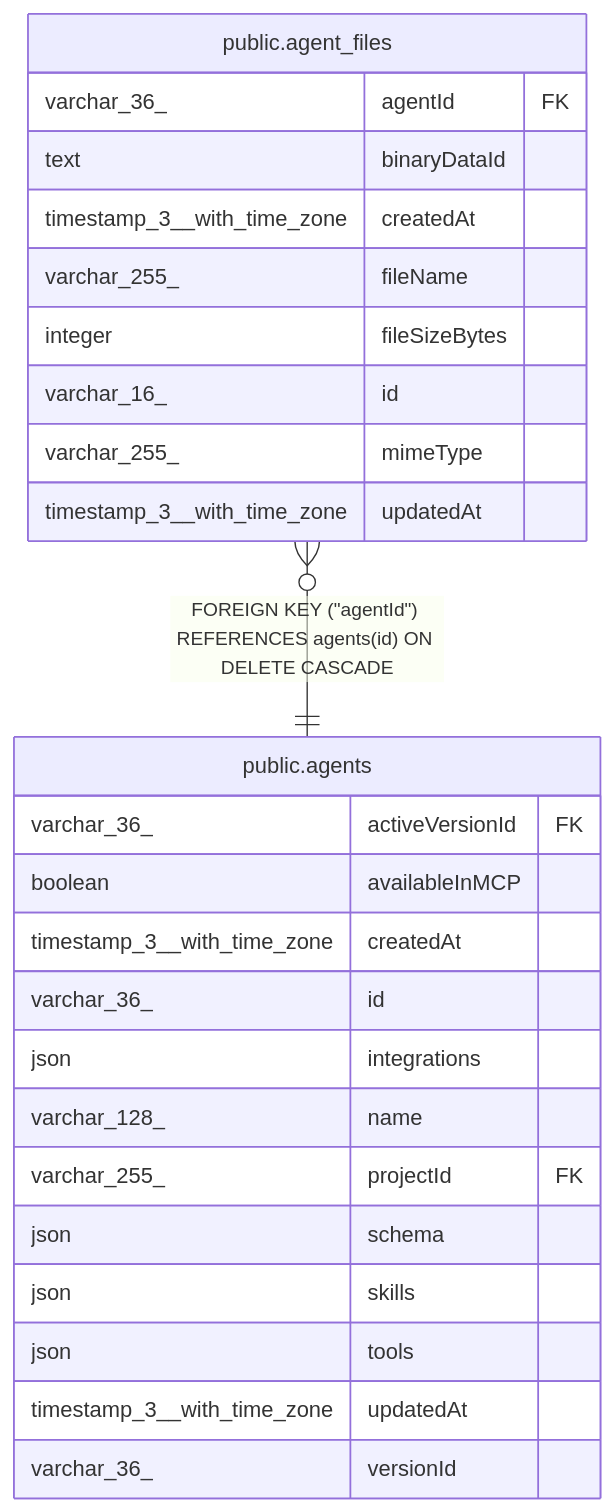
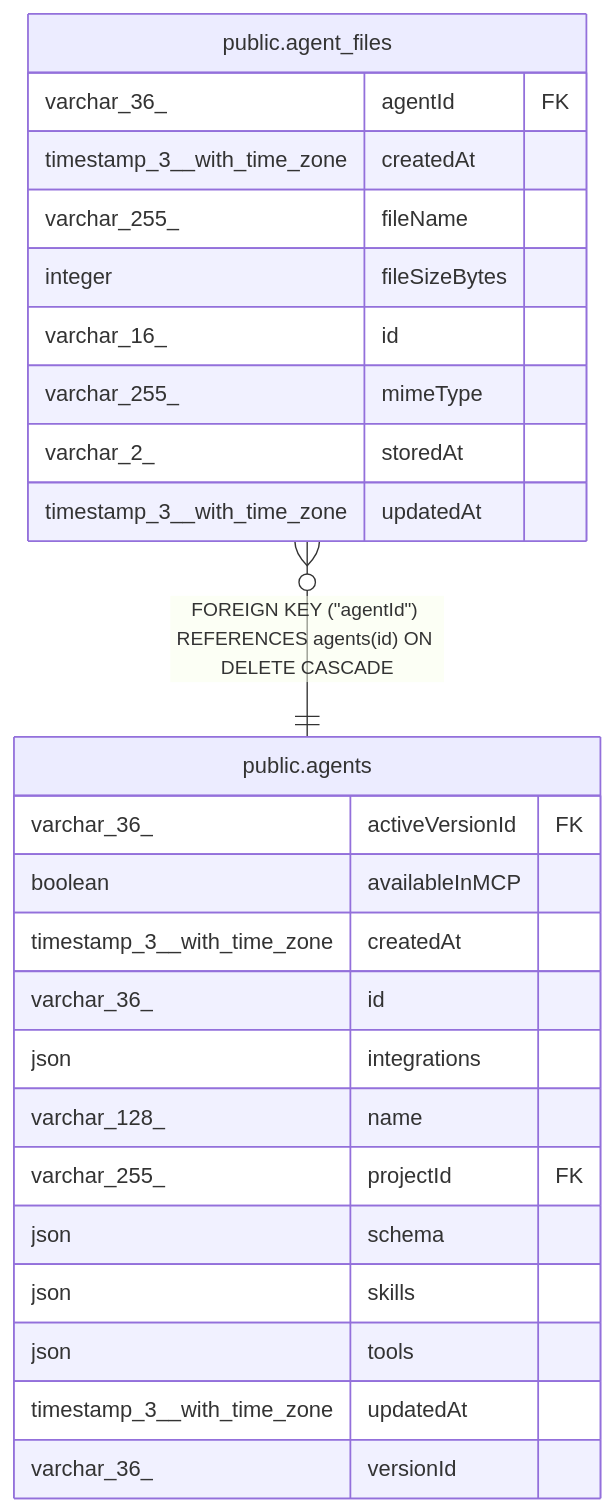
Before and after one commit to mayankjain1815-commits/n8n: the diagram in docs/generated/postgres-schema/public.agent_files.md, drawn with Mermaid. The commit also changed other lines of this file and 9 other files, not shown here.

First line of the commit message:
refactor(core): Swap agent knowledge file binaryDataId for a storedAt location (no-changelog)

````diff
--- a/docs/generated/postgres-schema/public.agent_files.md
+++ b/docs/generated/postgres-schema/public.agent_files.md
@@ -42,30 +42,30 @@
 ```mermaid
 erDiagram
 
 "public.agent_files" }o--|| "public.agents" : "FOREIGN KEY (#quot;agentId#quot;) REFERENCES agents(id) ON DELETE CASCADE"
 
 "public.agent_files" {
   varchar_36_ agentId FK
-  text binaryDataId
   timestamp_3__with_time_zone createdAt
   varchar_255_ fileName
   integer fileSizeBytes
   varchar_16_ id
   varchar_255_ mimeType
+  varchar_2_ storedAt
   timestamp_3__with_time_zone updatedAt
 }
 "public.agents" {
   varchar_36_ activeVersionId FK
   boolean availableInMCP
   timestamp_3__with_time_zone createdAt
   varchar_36_ id
   json integrations
   varchar_128_ name
   varchar_255_ projectId FK
   json schema
   json skills
   json tools
   timestamp_3__with_time_zone updatedAt
   varchar_36_ versionId
 }
 ```
````
